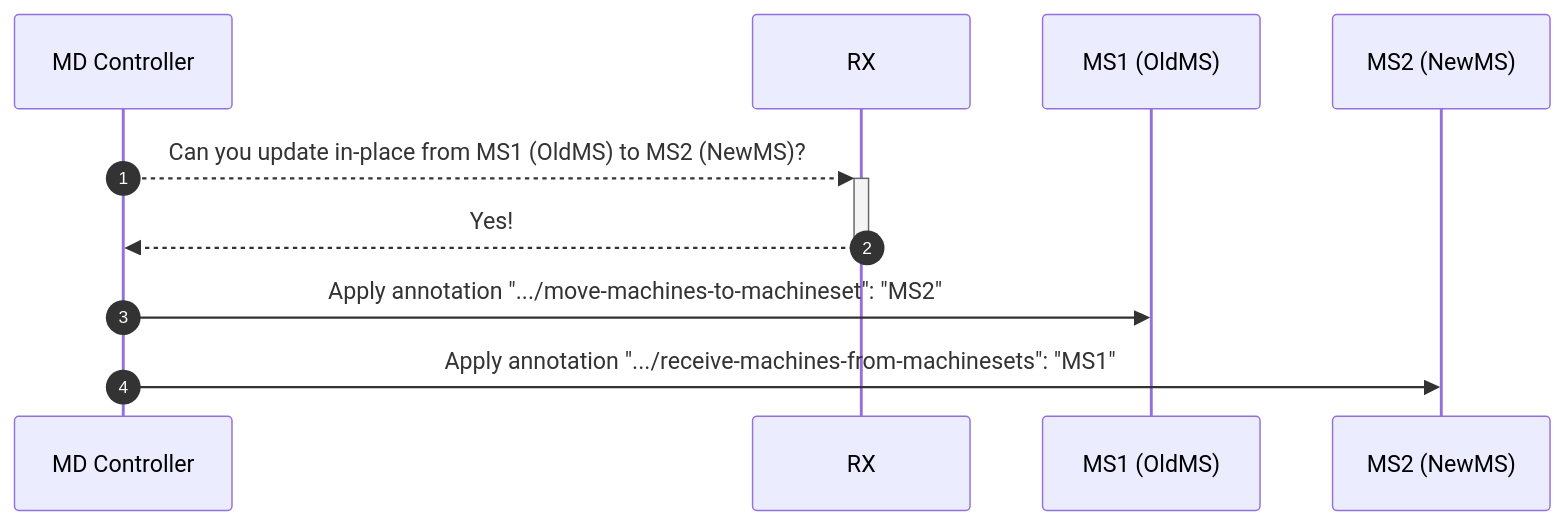
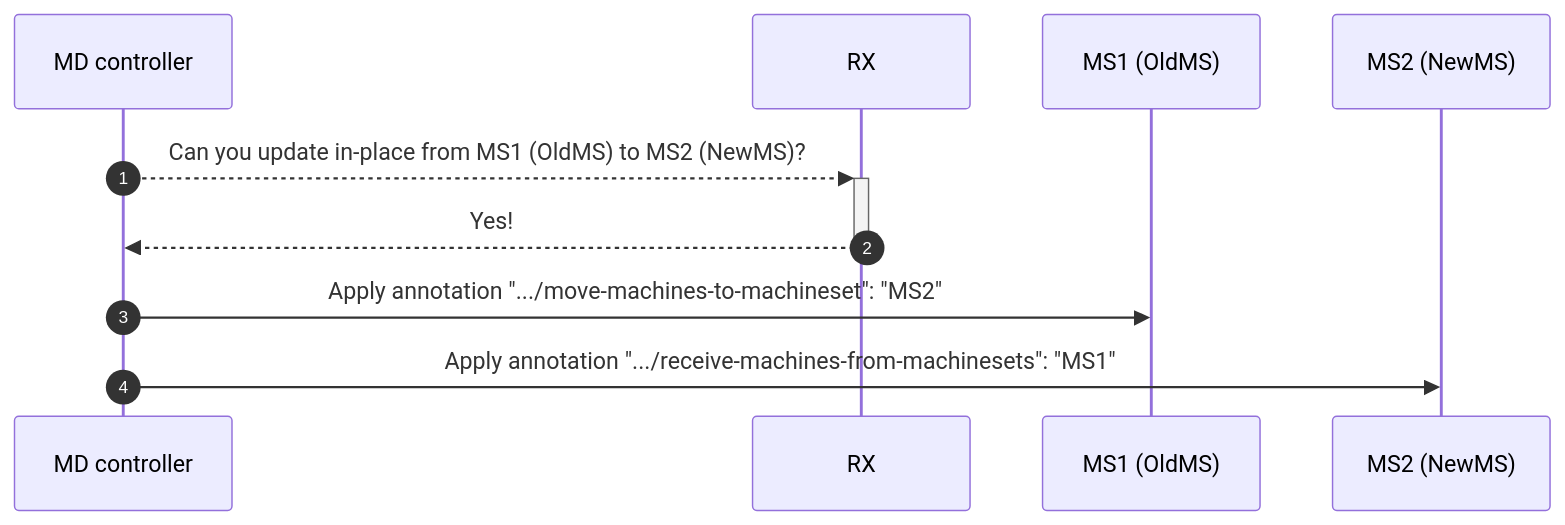
Before and after one commit to kubernetes-sigs/cluster-api: the first of 7 diagrams in docs/proposals/20240807-in-place-updates-implementation-notes.md, drawn with Mermaid. The commit also changed other lines of this file, not shown here.

Commit message:
Fix diagrams in in-place update implementation notes

````diff
--- a/docs/proposals/20240807-in-place-updates-implementation-notes.md
+++ b/docs/proposals/20240807-in-place-updates-implementation-notes.md
@@ -33,12 +33,12 @@
 ```mermaid
 sequenceDiagram
     autonumber
-    participant MD Controller
+    participant MDController as MD controller
     participant RX
     participant MS1 (OldMS)
     participant MS2 (NewMS)
-    MD Controller-->>+RX: Can you update in-place from MS1 (OldMS) to MS2 (NewMS)?
-    RX-->>-MD Controller: Yes!
-    MD Controller->>MS1 (OldMS): Apply annotation ".../move-machines-to-machineset": "MS2"
-    MD Controller->>MS2 (NewMS): Apply annotation ".../receive-machines-from-machinesets": "MS1"
+    MDController-->>+RX: Can you update in-place from MS1 (OldMS) to MS2 (NewMS)?
+    RX-->>-MDController: Yes!
+    MDController->>MS1 (OldMS): Apply annotation ".../move-machines-to-machineset": "MS2"
+    MDController->>MS2 (NewMS): Apply annotation ".../receive-machines-from-machinesets": "MS1"
 ```
````
